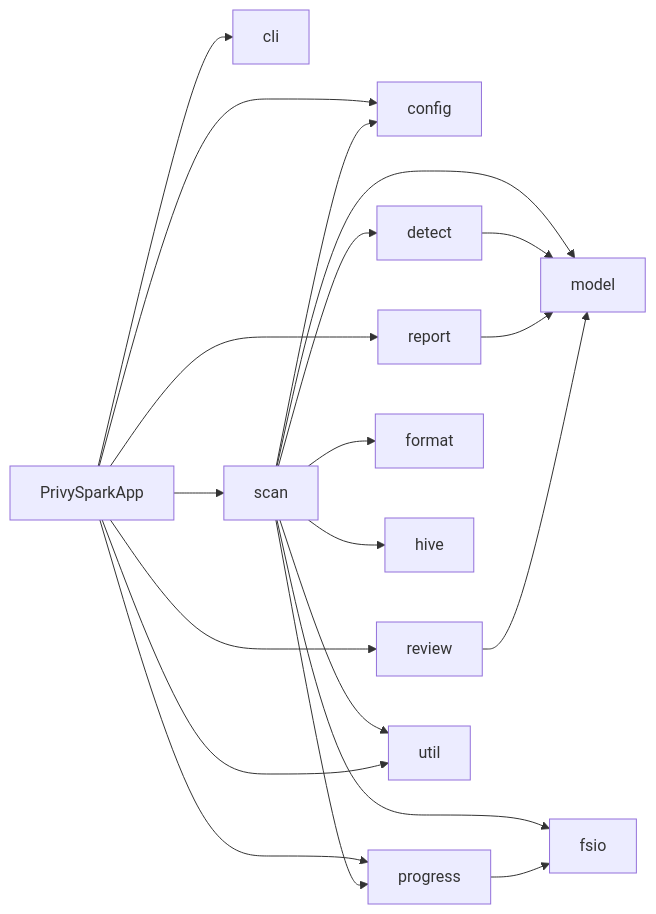
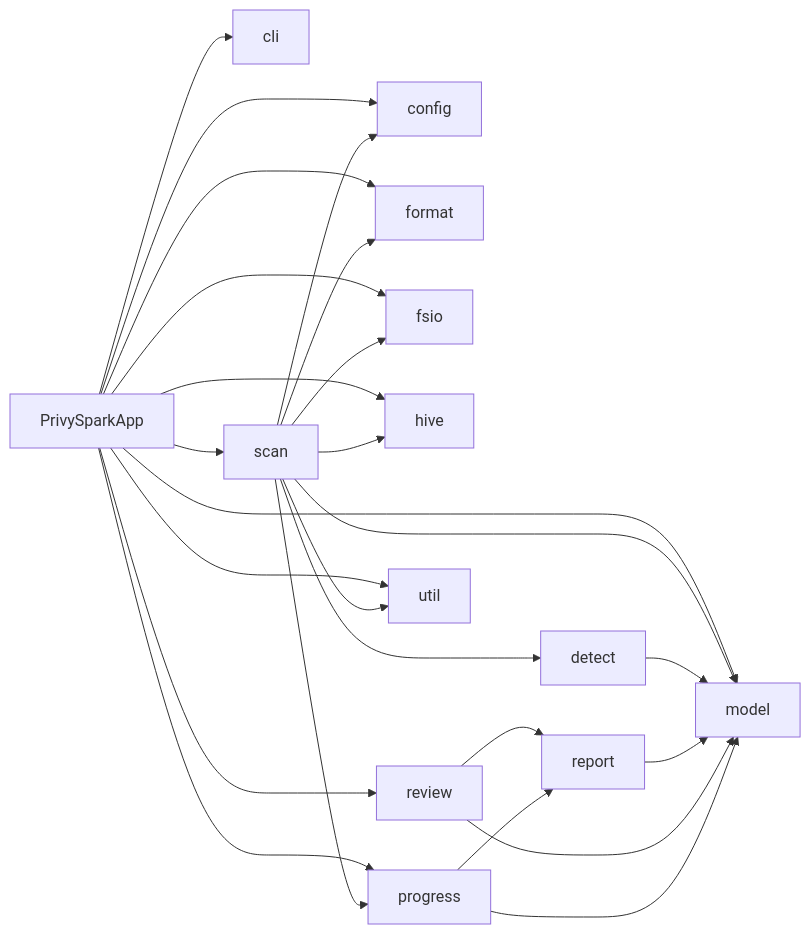
Before and after one commit to jonggeun2001/PrivySpark: the first of 2 diagrams in docs/ko/architecture/overview.md, drawn with Mermaid.

Commit message:
docs: align architecture dependency graph

````diff
--- a/docs/ko/architecture/overview.md
+++ b/docs/ko/architecture/overview.md
@@ -72,22 +72,27 @@
 ```mermaid
 flowchart LR
   app[PrivySparkApp] --> cli[cli]
   app --> config[config]
+  app --> format[format]
+  app --> fsio[fsio]
+  app --> hive[hive]
+  app --> model[model]
   app --> scan[scan]
-  app --> report[report]
   app --> review[review]
   app --> progress[progress]
+  app --> util[util]
   scan --> format[format]
   scan --> config
   scan --> hive[hive]
   scan --> detect[detect]
   scan --> fsio[fsio]
   scan --> progress
   scan --> model[model]
   detect --> model
   report --> model
+  review --> report
   review --> model
-  progress --> fsio
+  progress --> report
+  progress --> model
   scan --> util[util]
-  app --> util
 ```
````
